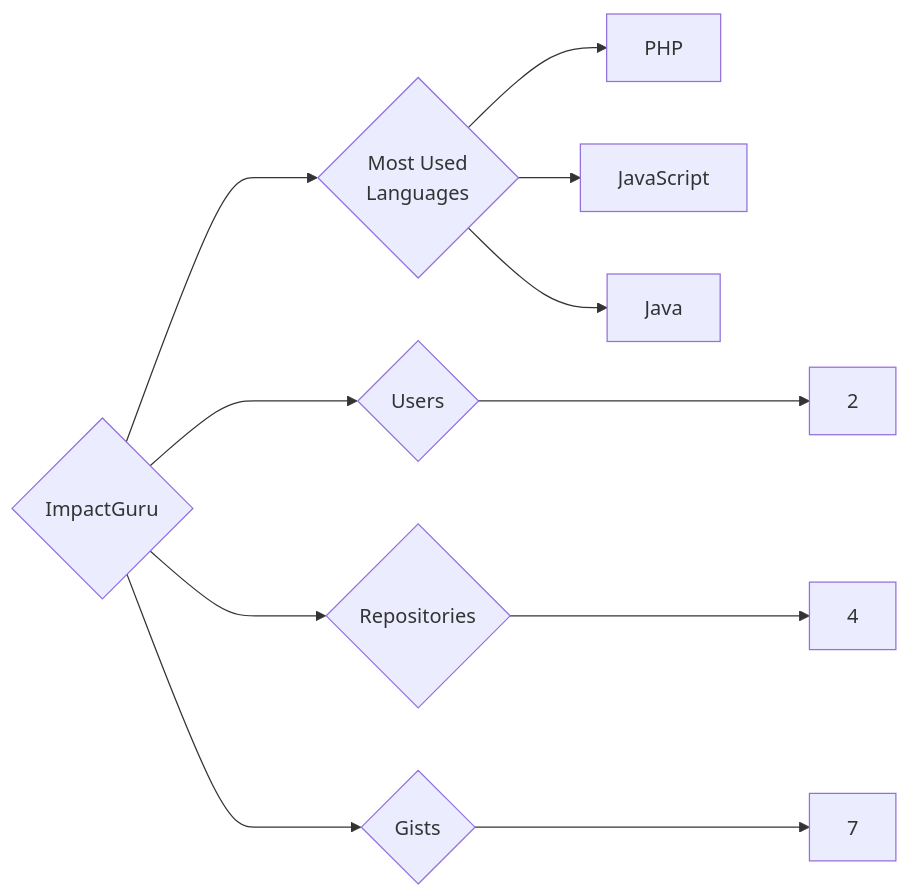
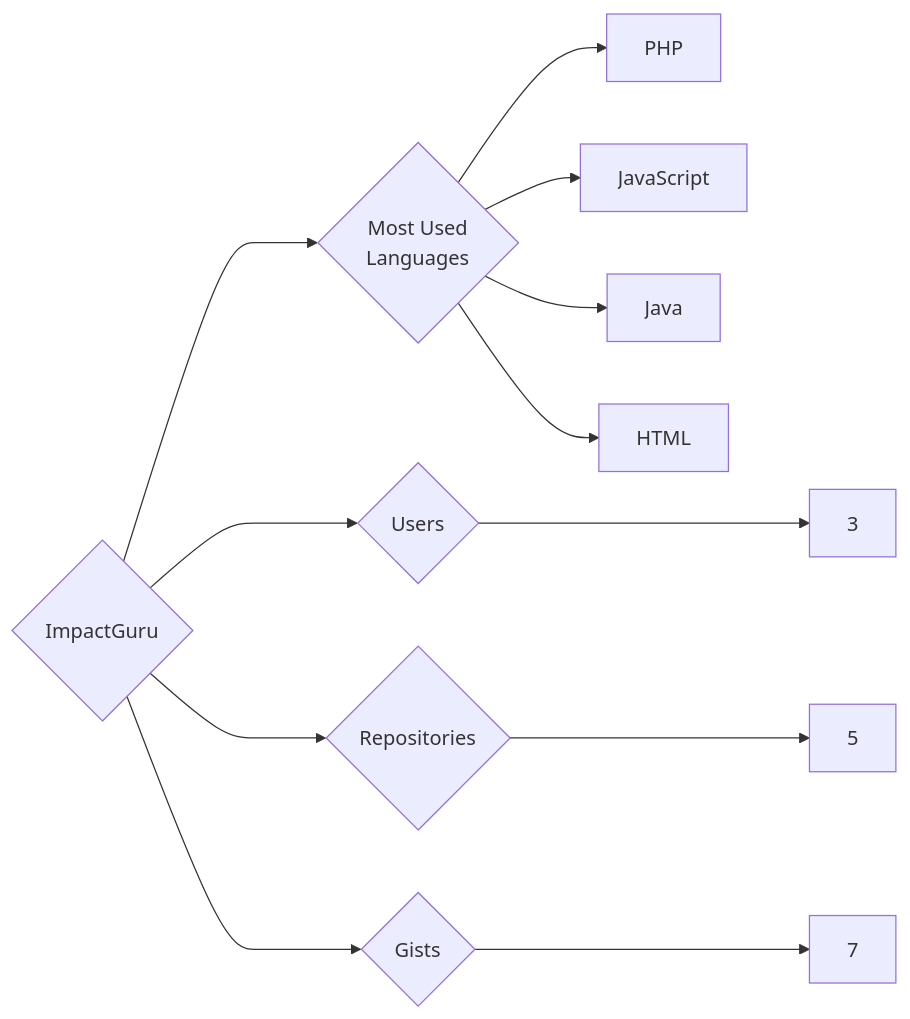
Before and after one commit to trickest/insiders: the diagram in targets/ImpactGuru/README.md, drawn with Mermaid. The commit also changed 880 other files, not shown here.

````diff
--- a/targets/ImpactGuru/README.md
+++ b/targets/ImpactGuru/README.md
@@ -3,11 +3,12 @@
 ```mermaid
 graph LR
 COMPANY_NAME{ImpactGuru}
-COMPANY_NAME ---> U{Users} ---> UN[2]
-COMPANY_NAME ---> R{Repositories} ---> RN[4]
+COMPANY_NAME ---> U{Users} ---> UN[3]
+COMPANY_NAME ---> R{Repositories} ---> RN[5]
 COMPANY_NAME ---> G{Gists} ---> GN[7]
 COMPANY_NAME ---> ML{Most Used<br>Languages}
 ML --> PHP[PHP]
 ML --> JavaScript[JavaScript]
 ML --> Java[Java]
+ML --> HTML[HTML]
 ```
````
